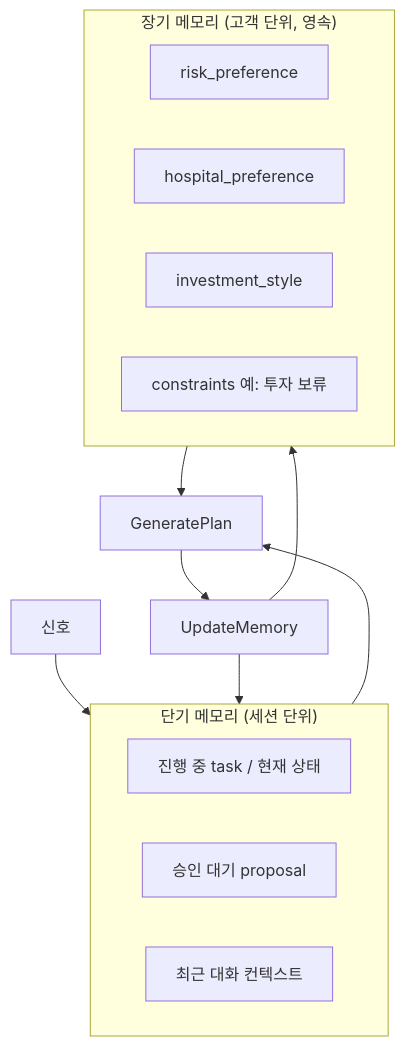
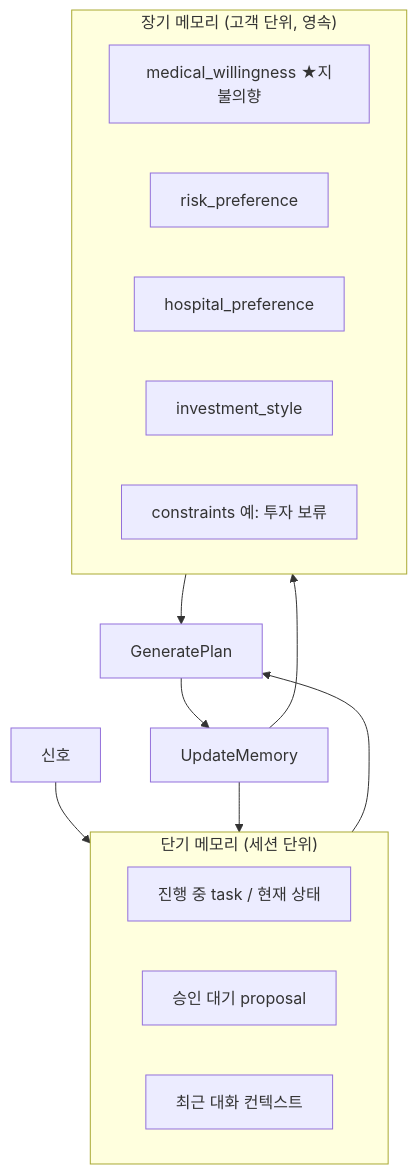
The diagram in docs/08_MEMORY.md (YoonMin02/JB-WM-backend), drawn with Mermaid before and after one commit. The commit also changed other lines of this file and 11 other files, not shown here.

````diff
--- a/docs/08_MEMORY.md
+++ b/docs/08_MEMORY.md
@@ -7,20 +7,21 @@
 ```mermaid
 flowchart TB
     subgraph Short["단기 메모리 (세션 단위)"]
         S1[진행 중 task / 현재 상태]
         S2[승인 대기 proposal]
         S3[최근 대화 컨텍스트]
     end
     subgraph Long["장기 메모리 (고객 단위, 영속)"]
+        L0[medical_willingness ★지불의향]
         L1[risk_preference]
         L2[hospital_preference]
         L3[investment_style]
         L4[constraints 예: 투자 보류]
     end
     Signal[신호] --> Short
     Short --> Plan[GeneratePlan]
     Long --> Plan
     Plan --> Update[UpdateMemory]
     Update --> Long
     Update --> Short
 ```
````
